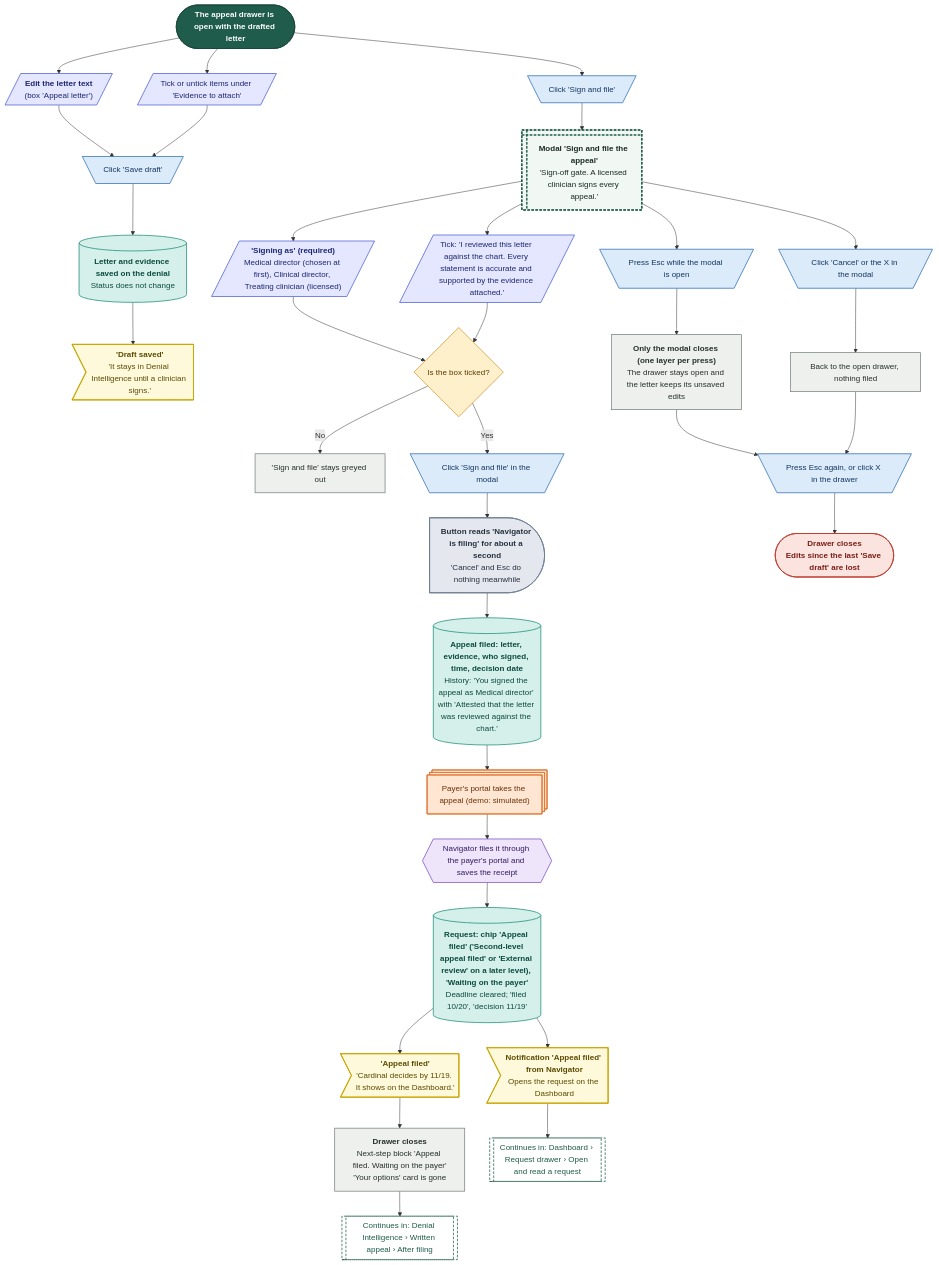
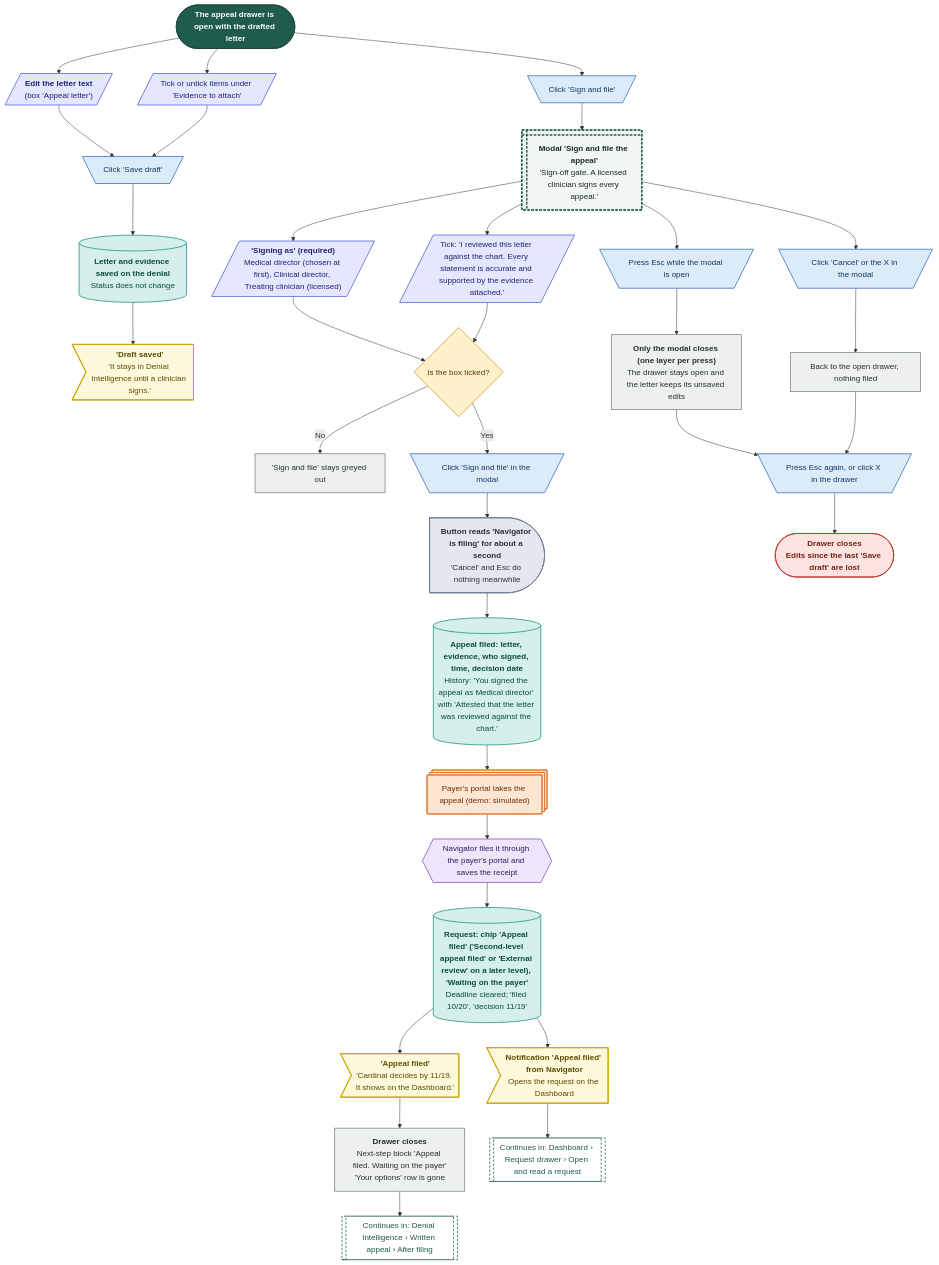
Before and after one commit to Shrav143/psyfloapp: diagram 19 of 28 in demos/prior-auth-demo/workflows/out/md/06-denials.md, drawn with Mermaid. The commit also changed other lines of this file and 251 other files, not shown here.

First line of the commit message:
docs: rebuild the workflow diagrams (291) for round 4

````diff
--- a/demos/prior-auth-demo/workflows/out/md/06-denials.md
+++ b/demos/prior-auth-demo/workflows/out/md/06-denials.md
@@ -1408,76 +1501,76 @@
 ```mermaid
 %%{init: {"theme":"base","themeVariables":{"fontFamily":"'DM Sans', 'Segoe UI', system-ui, sans-serif","fontSize":"15px","lineColor":"#5B6B63","primaryTextColor":"#1C2B25","clusterBkg":"#FBF8F3","clusterBorder":"#D9CDBB","edgeLabelBackground":"#FFFFFF"},"flowchart":{"curve":"basis","nodeSpacing":36,"rankSpacing":48,"padding":12,"htmlLabels":true,"useMaxWidth":false,"wrappingWidth":230}} }%%
 flowchart TD
   classDef k_start fill:#1F5C4B,stroke:#174638,color:#FFFFFF,stroke-width:1.5px,font-weight:600
   classDef k_end fill:#DDEFE3,stroke:#2E7D4F,color:#14502F,stroke-width:1.5px,font-weight:600
   classDef k_endx fill:#FBE3E0,stroke:#C0392B,color:#7A1F16,stroke-width:1.5px,font-weight:600
   classDef k_screen fill:#FFFDF8,stroke:#1F5C4B,color:#1C2B25,stroke-width:2px
   classDef k_overlay fill:#F1F7F3,stroke:#1F5C4B,color:#1C2B25,stroke-width:2px,stroke-dasharray:5 3
   classDef k_click fill:#DCEBFA,stroke:#2F6DB5,color:#12365F,stroke-width:1.5px
   classDef k_input fill:#E4E7FF,stroke:#4C5FD5,color:#1D2670,stroke-width:1.5px
   classDef k_process fill:#EEF0EE,stroke:#7A857F,color:#26302B,stroke-width:1.5px
   classDef k_agent fill:#EEE5FA,stroke:#7A4FC2,color:#341A63,stroke-width:1.5px
   classDef k_decision fill:#FFF0CC,stroke:#D9962B,color:#5C3B00,stroke-width:1.5px
   classDef k_store fill:#D5F0EA,stroke:#1C8E7B,color:#0B4A3F,stroke-width:1.5px
   classDef k_doc fill:#F6E9DC,stroke:#B07A4C,color:#4A2E14,stroke-width:1.5px
   classDef k_ext fill:#FFE6D2,stroke:#E07B39,color:#6B2F06,stroke-width:1.5px
   classDef k_wait fill:#E4E8EE,stroke:#6B7C93,color:#26303D,stroke-width:1.5px
   classDef k_toast fill:#FFF9DB,stroke:#C9A400,color:#5A4A00,stroke-width:1.5px
   classDef k_goto fill:#FFFFFF,stroke:#1F5C4B,color:#1F5C4B,stroke-width:1.5px,stroke-dasharray:5 3
   s1@{ shape: stadium, label: "The appeal drawer is open with the drafted letter" }
   i1@{ shape: lean-r, label: "<b>Edit the letter text</b><br/>(box 'Appeal letter')" }
   i2@{ shape: lean-r, label: "Tick or untick items under 'Evidence to attach'" }
   c1@{ shape: trap-t, label: "Click 'Save draft'" }
   st1@{ shape: cyl, label: "<b>Letter and evidence saved on the denial</b><br/>Status does not change" }
   t1@{ shape: odd, label: "<b>'Draft saved'</b><br/>'It stays in Denial Intelligence until a clinician signs.'" }
   c2@{ shape: trap-t, label: "Click 'Sign and file'" }
   o1@{ shape: win-pane, label: "<b>Modal 'Sign and file the appeal'</b><br/>'Sign-off gate. A licensed clinician signs every appeal.'" }
   i3@{ shape: lean-r, label: "<b>'Signing as' (required)</b><br/>Medical director (chosen at first), Clinical director, Treating clinician (licensed)" }
   i4@{ shape: lean-r, label: "Tick: 'I reviewed this letter against the chart. Every statement is accurate and supported by the evidence attached.'" }
   d1@{ shape: diam, label: "Is the box ticked?" }
   p1@{ shape: rect, label: "'Sign and file' stays greyed out" }
   c3@{ shape: trap-t, label: "Click 'Sign and file' in the modal" }
   w1@{ shape: delay, label: "<b>Button reads 'Navigator is filing' for about a second</b><br/>'Cancel' and Esc do nothing meanwhile" }
   st2@{ shape: cyl, label: "<b>Appeal filed: letter, evidence, who signed, time, decision date</b><br/>History: 'You signed the appeal as Medical director' with 'Attested that the letter was reviewed against the chart.'" }
   x1@{ shape: st-rect, label: "Payer's portal takes the appeal (demo: simulated)" }
   a1@{ shape: hex, label: "Navigator files it through the payer's portal and saves the receipt" }
   st3@{ shape: cyl, label: "<b>Request: chip 'Appeal filed' ('Second-level appeal filed' or 'External review' on a later level), 'Waiting on the payer'</b><br/>Deadline cleared; 'filed 10/20', 'decision 11/19'" }
   t2@{ shape: odd, label: "<b>'Appeal filed'</b><br/>'Cardinal decides by 11/19. It shows on the Dashboard.'" }
   t3@{ shape: odd, label: "<b>Notification 'Appeal filed' from Navigator</b><br/>Opens the request on the Dashboard" }
-  p2@{ shape: rect, label: "<b>Drawer closes</b><br/>Next-step block 'Appeal filed. Waiting on the payer'<br/>'Your options' card is gone" }
+  p2@{ shape: rect, label: "<b>Drawer closes</b><br/>Next-step block 'Appeal filed. Waiting on the payer'<br/>'Your options' row is gone" }
   c4@{ shape: trap-t, label: "Click 'Cancel' or the X in the modal" }
   p3@{ shape: rect, label: "Back to the open drawer, nothing filed" }
   c5@{ shape: trap-t, label: "Press Esc while the modal is open" }
   p4@{ shape: rect, label: "<b>Only the modal closes (one layer per press)</b><br/>The drawer stays open and the letter keeps its unsaved edits" }
   c6@{ shape: trap-t, label: "Press Esc again, or click X in the drawer" }
   e1@{ shape: stadium, label: "<b>Drawer closes</b><br/>Edits since the last 'Save draft' are lost" }
   g1@{ shape: subproc, label: "Continues in: Denial Intelligence › Written appeal › After filing" }
   g2@{ shape: subproc, label: "Continues in: Dashboard › Request drawer › Open and read a request" }
   s1 --> i1 --> c1
   s1 --> i2 --> c1
   c1 --> st1 --> t1
   s1 --> c2 --> o1
   o1 --> i3 --> d1
   o1 --> i4 --> d1
   d1 -->|"No"| p1
   d1 -->|"Yes"| c3 --> w1 --> st2
   st2 --> x1 --> a1 --> st3 --> t2 --> p2
   st3 --> t3 --> g2
   p2 --> g1
   o1 --> c4 --> p3
   o1 --> c5 --> p4 --> c6 --> e1
   p3 --> c6
   class s1 k_start
   class i1,i2,i3,i4 k_input
   class c1,c2,c3,c4,c5,c6 k_click
   class st1,st2,st3 k_store
   class t1,t2,t3 k_toast
   class o1 k_overlay
   class d1 k_decision
   class p1,p2,p3,p4 k_process
   class w1 k_wait
   class x1 k_ext
   class a1 k_agent
   class e1 k_endx
   class g1,g2 k_goto
 ```
````
